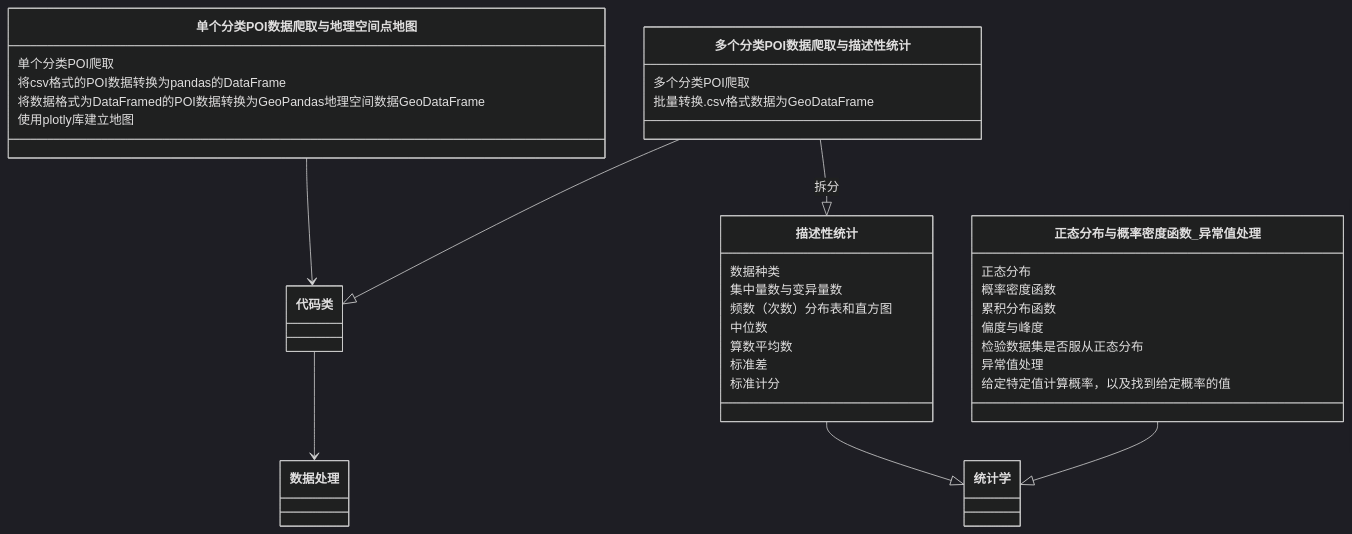
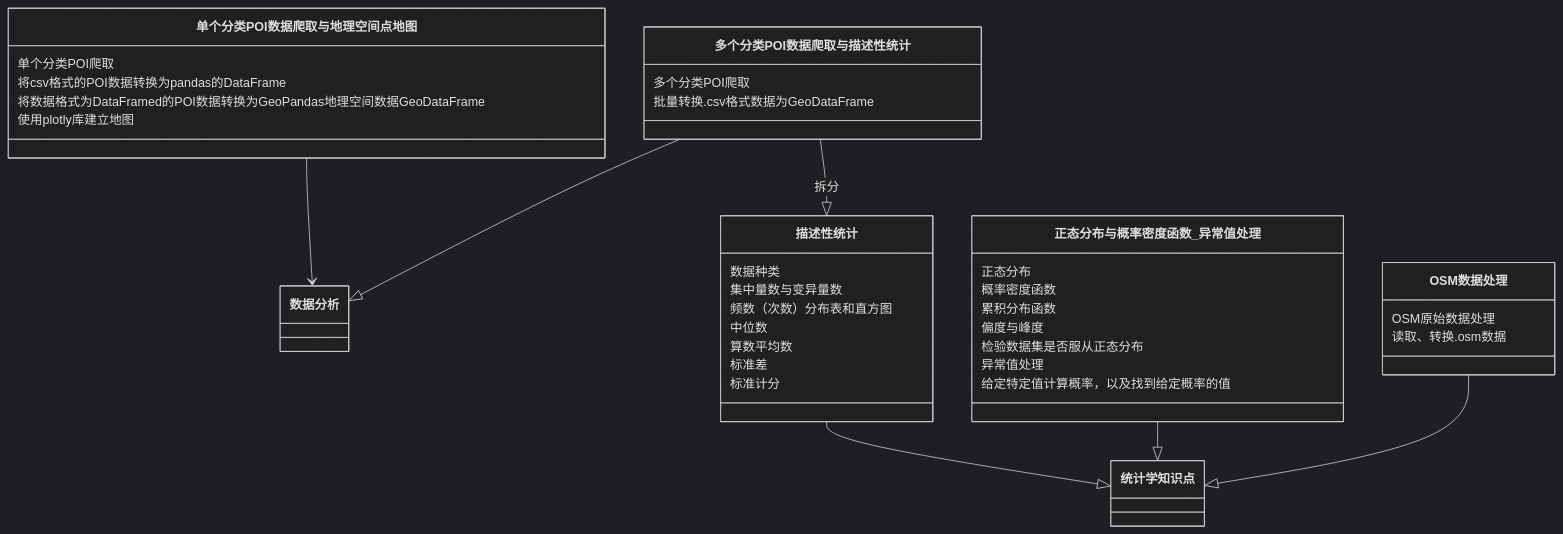
Before and after one commit to Weijun-H/Urban-Spatial-Data-Analysis_python: the first of 2 diagrams in docs/markdown/structure_chapters.md, drawn with Mermaid (dark theme). The commit also changed 4 other files, not shown here.

````diff
--- a/docs/markdown/structure_chapters.md
+++ b/docs/markdown/structure_chapters.md
@@ -6,36 +6,36 @@
 ```mermaid
 classDiagram
-代码类 --> 数据处理
-
-单个分类POI数据爬取与地理空间点地图 --> 代码类 : 
+单个分类POI数据爬取与地理空间点地图 --> 数据分析 : 
 单个分类POI数据爬取与地理空间点地图 : 单个分类POI爬取
 单个分类POI数据爬取与地理空间点地图 : 将csv格式的POI数据转换为pandas的DataFrame
 单个分类POI数据爬取与地理空间点地图 : 将数据格式为DataFramed的POI数据转换为GeoPandas地理空间数据GeoDataFrame
 单个分类POI数据爬取与地理空间点地图 : 使用plotly库建立地图
 
-多个分类POI数据爬取与描述性统计 --|> 代码类
+多个分类POI数据爬取与描述性统计 --|> 数据分析
 多个分类POI数据爬取与描述性统计 --|> 描述性统计 : 拆分
 多个分类POI数据爬取与描述性统计 : 多个分类POI爬取
 多个分类POI数据爬取与描述性统计 : 批量转换.csv格式数据为GeoDataFrame
 
-描述性统计 --|> 统计学
+描述性统计 --|> 统计学知识点
 描述性统计 : 数据种类
 描述性统计 : 集中量数与变异量数
 描述性统计 : 频数（次数）分布表和直方图
 描述性统计 : 中位数
 描述性统计 : 算数平均数
 描述性统计 : 标准差
 描述性统计 : 标准计分
 
-正态分布与概率密度函数_异常值处理 --|> 统计学
+正态分布与概率密度函数_异常值处理 --|> 统计学知识点
 正态分布与概率密度函数_异常值处理 : 正态分布
 正态分布与概率密度函数_异常值处理 : 概率密度函数
 正态分布与概率密度函数_异常值处理 : 累积分布函数
 正态分布与概率密度函数_异常值处理 : 偏度与峰度
 正态分布与概率密度函数_异常值处理 : 检验数据集是否服从正态分布
 正态分布与概率密度函数_异常值处理 : 异常值处理
 正态分布与概率密度函数_异常值处理 : 给定特定值计算概率，以及找到给定概率的值
 
-
+OSM数据处理 --|> 统计学知识点
+OSM数据处理 : OSM原始数据处理
+OSM数据处理 : 读取、转换.osm数据
 
 ```
````
